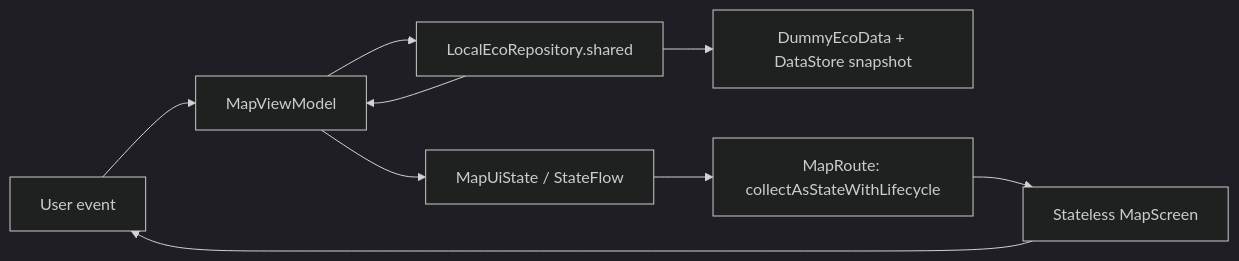
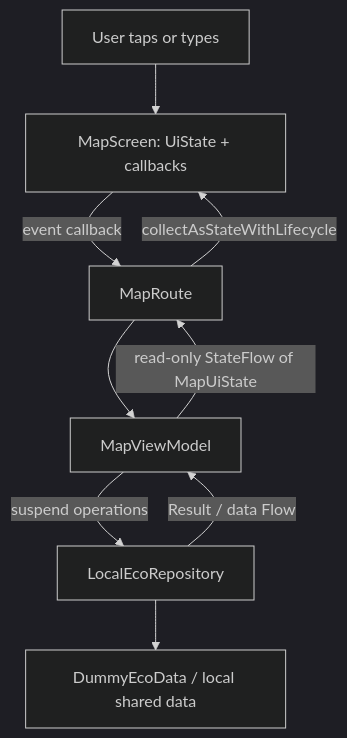
The diagram in README.md (zhakoX/EcoDala---SIS), drawn with Mermaid (dark theme) before and after one commit. The commit also changed other lines of this file and 102 other files, not shown here.

````diff
--- a/README.md
+++ b/README.md
@@ -18,11 +207,11 @@
 ```mermaid
-flowchart LR
-    Event[User event] --> VM[MapViewModel]
-    VM --> Repo[LocalEcoRepository.shared]
-    Repo --> Data[DummyEcoData + DataStore snapshot]
-    Repo --> VM
-    VM --> State[MapUiState / StateFlow]
-    State --> Route[MapRoute: collectAsStateWithLifecycle]
-    Route --> Screen[Stateless MapScreen]
-    Screen --> Event
+flowchart TD
+    U[User taps or types] --> S[MapScreen: UiState + callbacks]
+    S -->|event callback| R[MapRoute]
+    R --> VM[MapViewModel]
+    VM -->|suspend operations| REPO[LocalEcoRepository]
+    REPO --> DATA[DummyEcoData / local shared data]
+    REPO -->|Result / data Flow| VM
+    VM -->|read-only StateFlow of MapUiState| R
+    R -->|collectAsStateWithLifecycle| S
 ```
````
